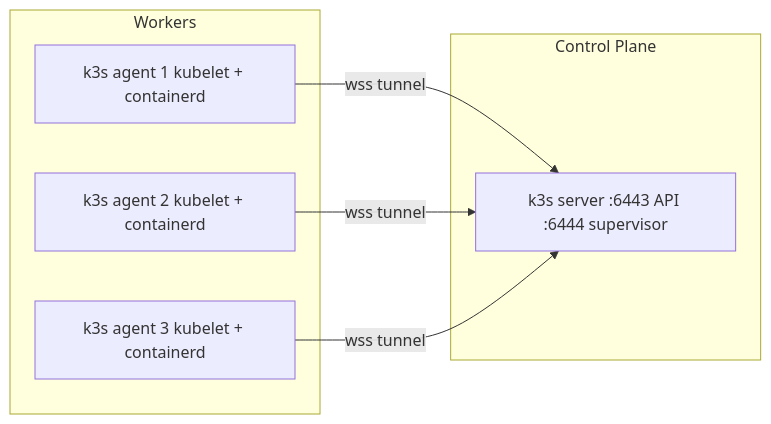
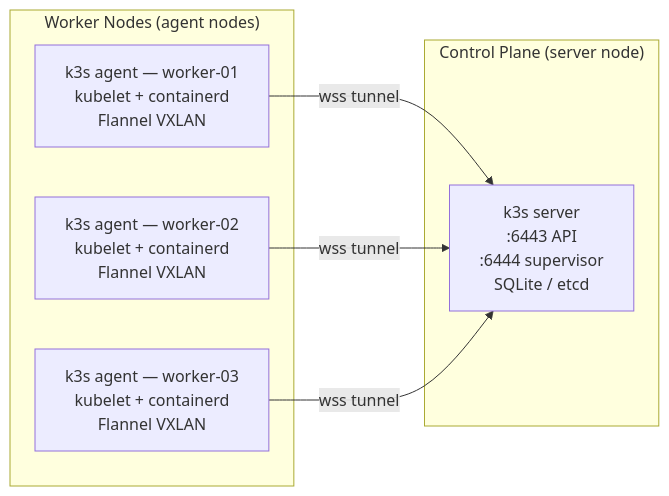
The first of 5 diagrams in 06_multi_node_cluster/01_adding_agent_nodes.md (UncleJS/course_k3s), drawn with Mermaid before and after one commit. The commit also changed other lines of this file and 45 other files, not shown here.

First line of the commit message:
Expand all course lessons: Mermaid diagrams + rich prose across 43 files

````diff
--- a/06_multi_node_cluster/01_adding_agent_nodes.md
+++ b/06_multi_node_cluster/01_adding_agent_nodes.md
@@ -41,14 +54,14 @@
 ```mermaid
 graph LR
-    subgraph Control Plane
-        S[k3s server :6443 API :6444 supervisor]
+    subgraph "Control Plane (server node)"
+        S["k3s server<br/>:6443 API<br/>:6444 supervisor<br/>SQLite / etcd"]
     end
-    subgraph Workers
-        A1[k3s agent 1 kubelet + containerd]
-        A2[k3s agent 2 kubelet + containerd]
-        A3[k3s agent 3 kubelet + containerd]
+    subgraph "Worker Nodes (agent nodes)"
+        A1["k3s agent — worker-01<br/>kubelet + containerd<br/>Flannel VXLAN"]
+        A2["k3s agent — worker-02<br/>kubelet + containerd<br/>Flannel VXLAN"]
+        A3["k3s agent — worker-03<br/>kubelet + containerd<br/>Flannel VXLAN"]
     end
-    A1 -- wss tunnel --> S
-    A2 -- wss tunnel --> S
-    A3 -- wss tunnel --> S
+    A1 -->|"wss tunnel"| S
+    A2 -->|"wss tunnel"| S
+    A3 -->|"wss tunnel"| S
 ```
````
